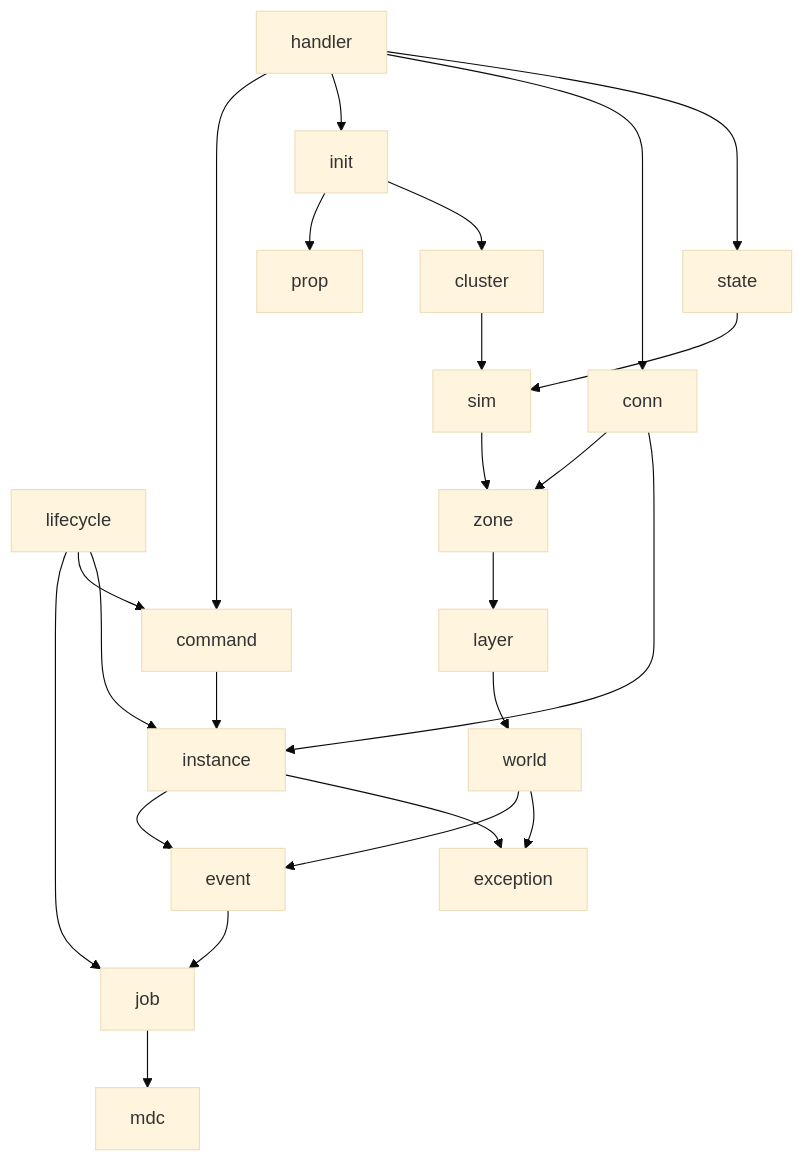
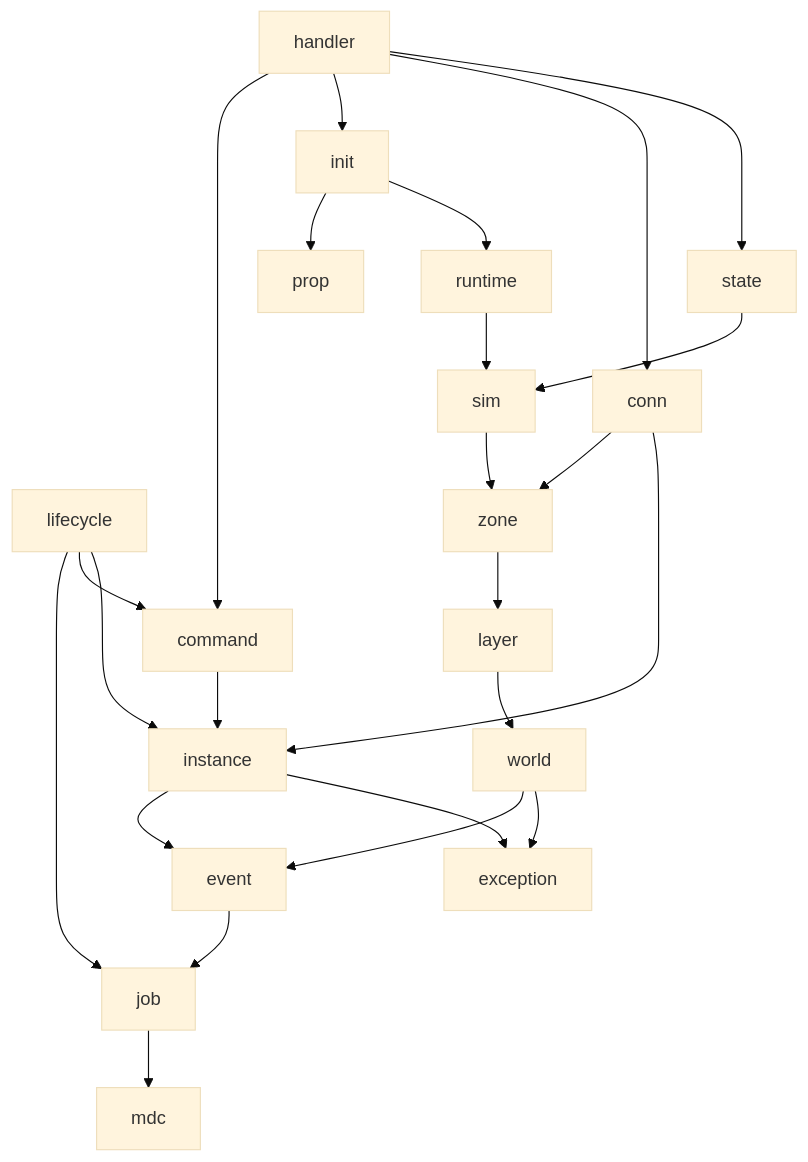
Before and after one commit to crionuke/omgcluster: the diagram in MODULES.md, drawn with Mermaid (base theme). The commit also changed 14 other files, not shown here.

Commit message:
Renamed cluster -> runtime

````diff
--- a/MODULES.md
+++ b/MODULES.md
@@ -1,39 +1,39 @@
 ```mermaid
 graph TD
     handler --> state
     handler --> conn
     handler --> init
     handler --> command
 
     lifecycle --> instance
     lifecycle --> command
     lifecycle --> job
 
-    init --> cluster
+    init --> runtime
     init --> prop
 
     state --> sim
 
-    cluster --> sim
+    runtime --> sim
 
     conn --> instance
     conn --> zone
 
     command --> instance
 
     sim --> zone
 
     zone --> layer
 
     layer --> world
 
     world --> exception
     world --> event
 
     instance --> exception
     instance --> event
 
     event --> job
 
     job --> mdc
 ```
````
